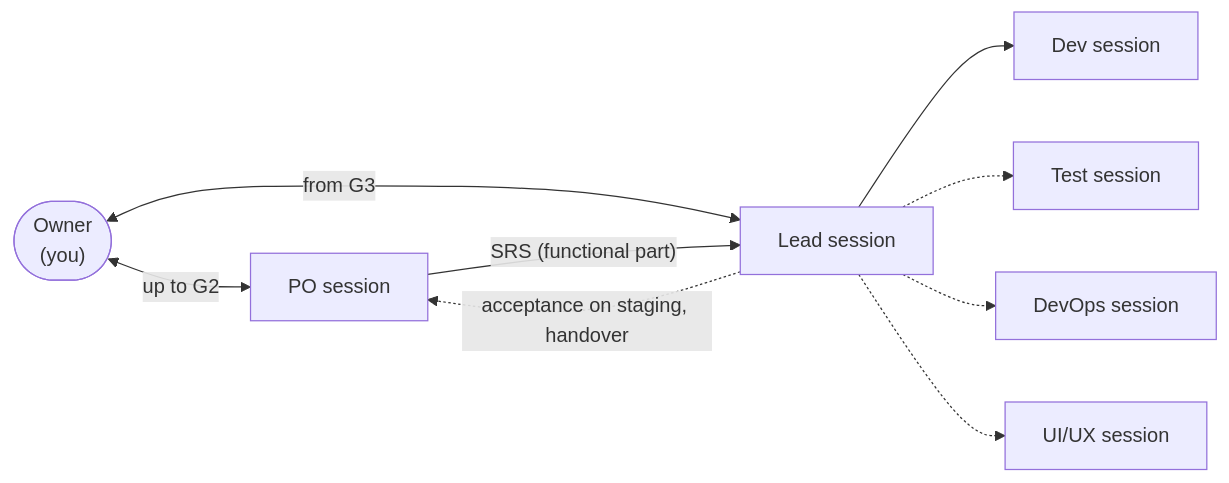
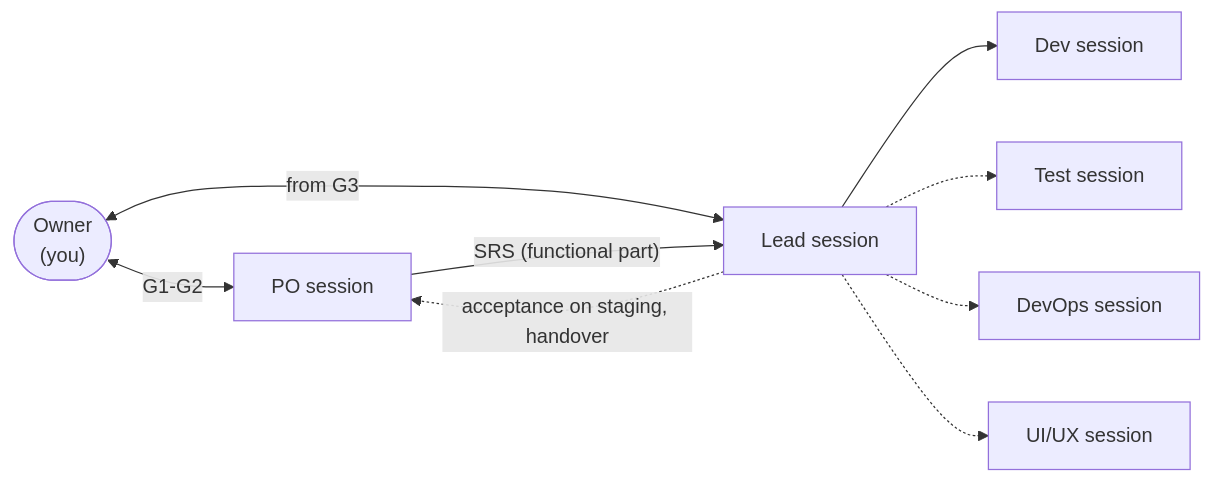
One commit to liquizzz/ai-delivery-playbook changed the first of 2 diagrams in docs/book/00-introduction.md. Above: the diagram before and after it, drawn with Mermaid. The commit also changed other lines of this file and 38 other files, not shown here.

````diff
--- a/docs/book/00-introduction.md
+++ b/docs/book/00-introduction.md
@@ -44,11 +44,11 @@
 ```mermaid
 flowchart LR
-  O(["Owner<br/>(you)"]) <-- "up to G2" --> PO["PO session"]
+  O(["Owner<br/>(you)"]) <-- "G1-G2" --> PO["PO session"]
   O <-- "from G3" --> Lead["Lead session"]
   PO -- "SRS (functional part)" --> Lead
   Lead --> Dev["Dev session"]
   Lead -. "acceptance on staging, handover" .-> PO
   Lead -.-> Test["Test session"]
   Lead -.-> DevOps["DevOps session"]
   Lead -.-> UX["UI/UX session"]
 ```
````
